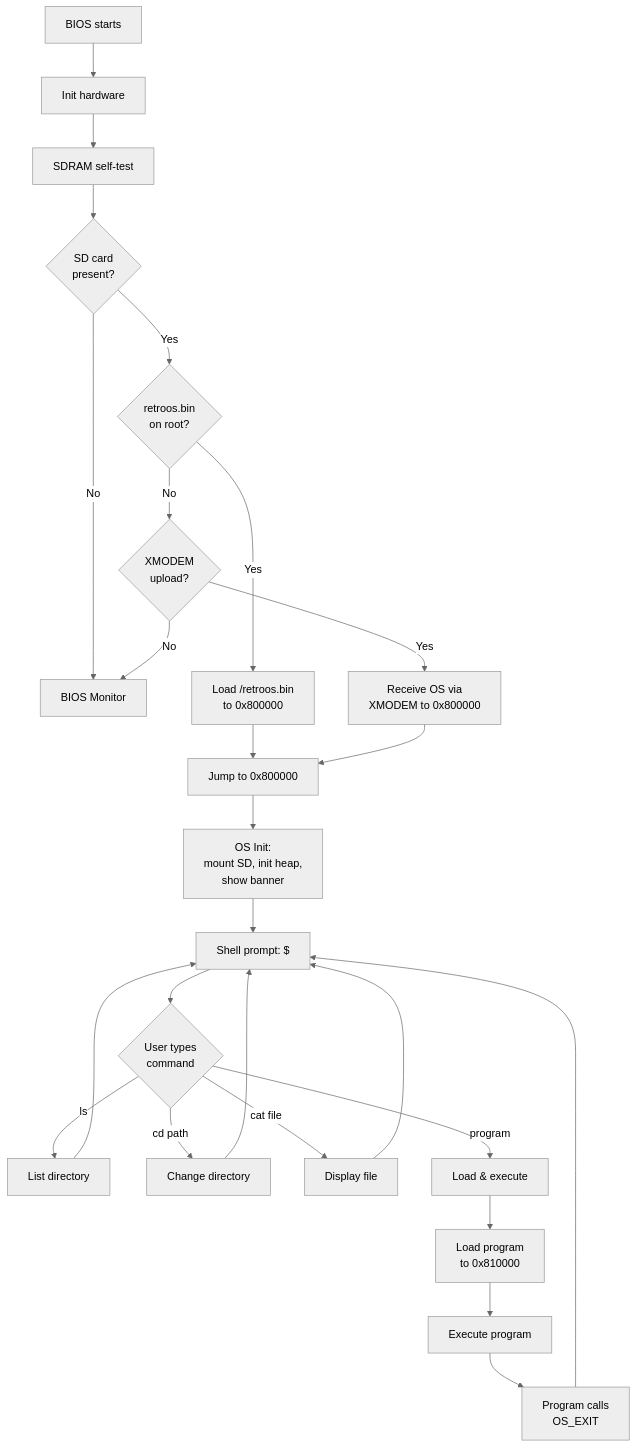
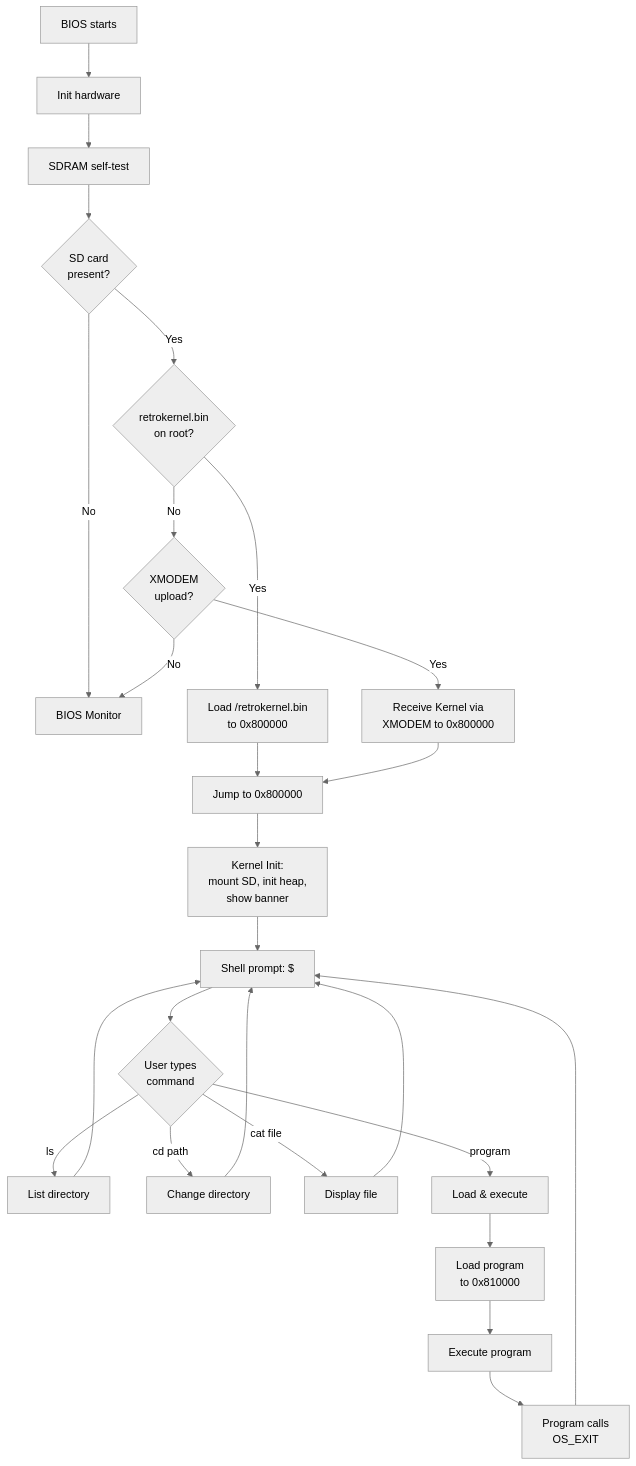
One commit to benpayne/learn-fpga changed the third of 6 diagrams in docs/os-spec.md. Above: the diagram before and after it, drawn with Mermaid (neutral theme). The commit also changed other lines of this file, not shown here.

Commit message:
Rename OS to kernel, clarify BIOS/kernel/app layering

````diff
--- a/docs/os-spec.md
+++ b/docs/os-spec.md
@@ -88,26 +94,26 @@
 ```mermaid
 flowchart TD
     A["BIOS starts"] --> B["Init hardware"]
     B --> C["SDRAM self-test"]
     C --> D{"SD card<br/>present?"}
-    D -->|Yes| E{"retroos.bin<br/>on root?"}
+    D -->|Yes| E{"retrokernel.bin<br/>on root?"}
     D -->|No| H["BIOS Monitor"]
-    E -->|Yes| F["Load /retroos.bin<br/>to 0x800000"]
+    E -->|Yes| F["Load /retrokernel.bin<br/>to 0x800000"]
     E -->|No| G{"XMODEM<br/>upload?"}
     F --> I["Jump to 0x800000"]
-    G -->|Yes| F2["Receive OS via<br/>XMODEM to 0x800000"]
+    G -->|Yes| F2["Receive Kernel via<br/>XMODEM to 0x800000"]
     G -->|No| H
     F2 --> I
-    I --> J["OS Init:<br/>mount SD, init heap,<br/>show banner"]
+    I --> J["Kernel Init:<br/>mount SD, init heap,<br/>show banner"]
     J --> K["Shell prompt: $"]
     K --> L{"User types<br/>command"}
     L -->|"ls"| M["List directory"]
     L -->|"cd path"| N["Change directory"]
     L -->|"cat file"| O["Display file"]
     L -->|"program"| P["Load & execute"]
     M & N & O --> K
     P --> Q["Load program<br/>to 0x810000"]
     Q --> R["Execute program"]
     R --> S["Program calls<br/>OS_EXIT"]
     S --> K
 ```
````
